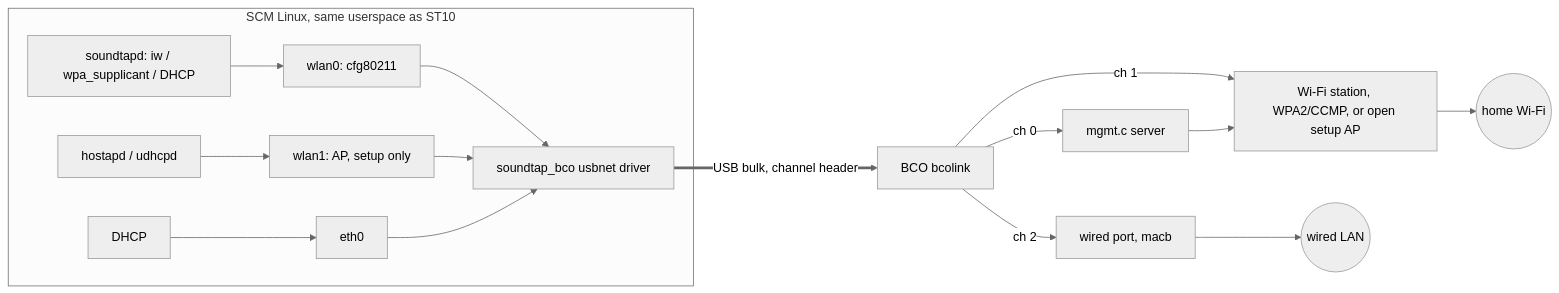
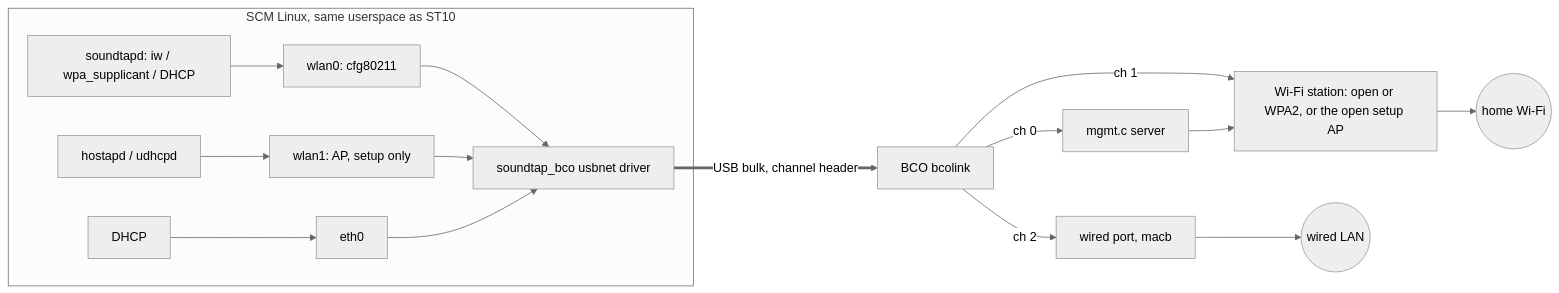
The ninth of 9 diagrams in docs/contributors/design.md (stein155/soundtap), drawn with Mermaid (neutral theme) before and after one commit. The commit also changed other lines of this file and 23 other files, not shown here.

````diff
--- a/docs/contributors/design.md
+++ b/docs/contributors/design.md
@@ -517,18 +517,18 @@
 ```mermaid
 flowchart LR
   subgraph SCM[SCM Linux, same userspace as ST10]
     WPA[soundtapd: iw / wpa_supplicant / DHCP] --> WL[wlan0: cfg80211]
     HAP[hostapd / udhcpd] --> W1[wlan1: AP, setup only]
     DH[DHCP] --> E0[eth0]
     WL --> DRV[soundtap_bco usbnet driver]
     W1 --> DRV
     E0 --> DRV
   end
   DRV == USB bulk, channel header ==> LINK[BCO bcolink]
   LINK -- ch 0 --> MG[mgmt.c server]
-  LINK -- ch 1 --> STA[Wi-Fi station, WPA2/CCMP, or open setup AP]
+  LINK -- ch 1 --> STA[Wi-Fi station: open or WPA2, or the open setup AP]
   LINK -- ch 2 --> GEM[wired port, macb]
   MG --> STA
   STA --> AIR((home Wi-Fi))
   GEM --> LAN((wired LAN))
 ```
````
